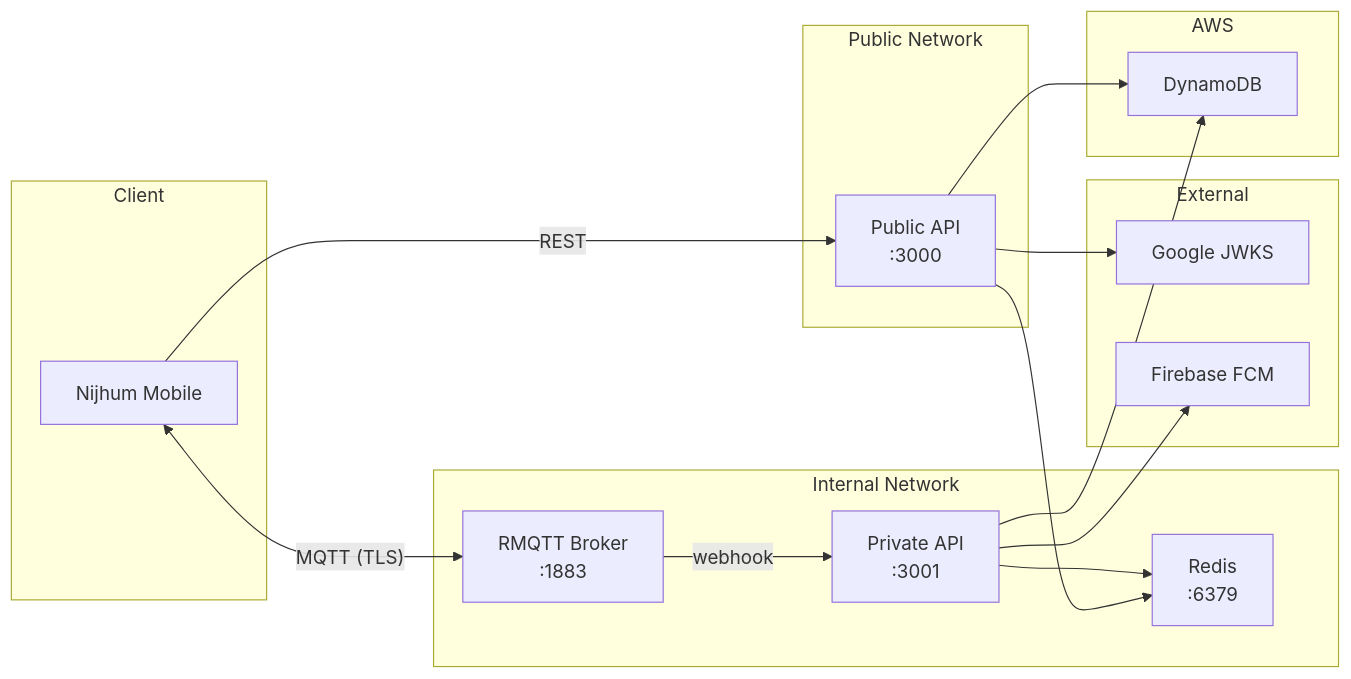
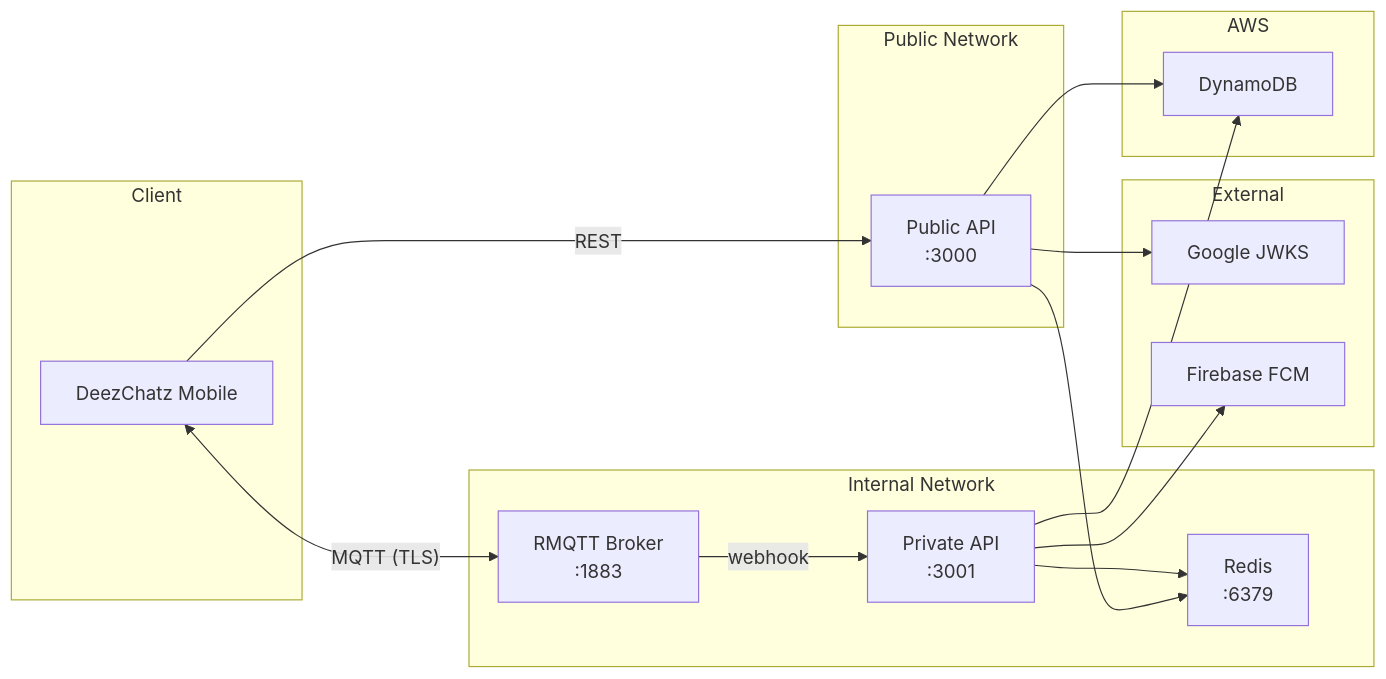
One commit to debarkamondal/khamoshchat-api changed the first of 2 diagrams in docs/architecture.md. Above: the diagram before and after it, drawn with Mermaid. The commit also changed other lines of this file and 11 other files, not shown here.

````diff
--- a/docs/architecture.md
+++ b/docs/architecture.md
@@ -21,35 +21,35 @@
 ```mermaid
 graph LR
     subgraph "Client"
-        MOBILE["Nijhum Mobile"]
+        MOBILE["DeezChatz Mobile"]
     end
 
     subgraph "Public Network"
         PUB["Public API<br/>:3000"]
     end
 
     subgraph "Internal Network"
         PRIV["Private API<br/>:3001"]
         RMQTT["RMQTT Broker<br/>:1883"]
         REDIS["Redis<br/>:6379"]
     end
 
     subgraph "AWS"
         DYNAMO["DynamoDB"]
     end
 
     subgraph "External"
         GOOGLE["Google JWKS"]
         FCM["Firebase FCM"]
     end
 
     MOBILE -->|"REST"| PUB
     MOBILE <-->|"MQTT (TLS)"| RMQTT
     RMQTT -->|"webhook"| PRIV
     PUB --> REDIS
     PUB --> DYNAMO
     PUB --> GOOGLE
     PRIV --> DYNAMO
     PRIV --> FCM
     PRIV --> REDIS
 ```
````
